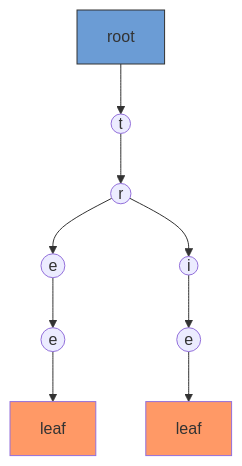
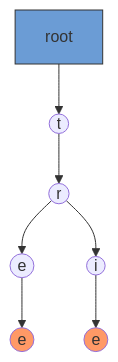
The third of 4 diagrams in docs/notes/strings/trie_string.md (progcompuc/IIC2553-2022-2), drawn with Mermaid before and after one commit. The commit also changed other lines of this file, not shown here.

````diff
--- a/docs/notes/strings/trie_string.md
+++ b/docs/notes/strings/trie_string.md
@@ -49,16 +58,14 @@
 ``` mermaid
 graph TD
     A[root] --> B((t))
     B --> C((r))
     C --> D((e))
     D --> E((e))
-    E --> F[leaf]
-    F:::leaf
+    E:::leaf
     C --> G((i))
     G --> H((e))
-    H --> I[leaf]
-    I:::leaf
+    H:::leaf
 
 style A fill:#6b9cd5,stroke:#333
 classDef leaf fill:#f96;
 ```
````
